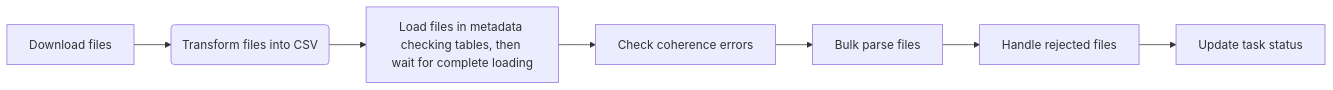
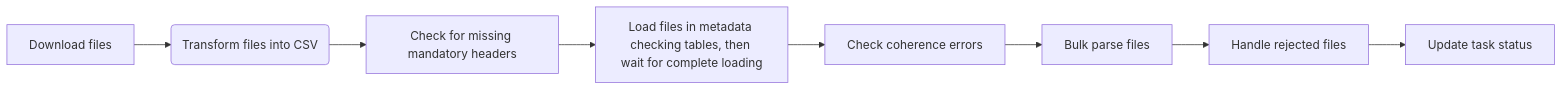
The second of 3 diagrams in services/documentation/content/3-technical-documentation/4-backend_documentation/2-api_documentation/1-loading/api_loading.md (G4ITTeam/g4it), drawn with Mermaid before and after one commit. The commit also changed other lines of this file and 2 other files, not shown here.

```diff
--- a/services/documentation/content/3-technical-documentation/4-backend_documentation/2-api_documentation/1-loading/api_loading.md
+++ b/services/documentation/content/3-technical-documentation/4-backend_documentation/2-api_documentation/1-loading/api_loading.md
@@ -48,11 +48,12 @@
 {{< mermaid align="center">}}
 
 flowchart LR
 A[Download files] --> B(Transform files into CSV)
-B --> C[Load files in metadata checking tables, then wait for complete loading]
-C --> D[Check coherence errors]
-D --> E[Bulk parse files]
-E --> F[Handle rejected files]
-F --> G[Update task status]
+B--> C[Check for missing mandatory headers]
+C --> D[Load files in metadata checking tables, then wait for complete loading]
+D --> E[Check coherence errors]
+E --> F[Bulk parse files]
+F --> G[Handle rejected files]
+G --> H[Update task status]
 
 {{</ mermaid >}}
```
